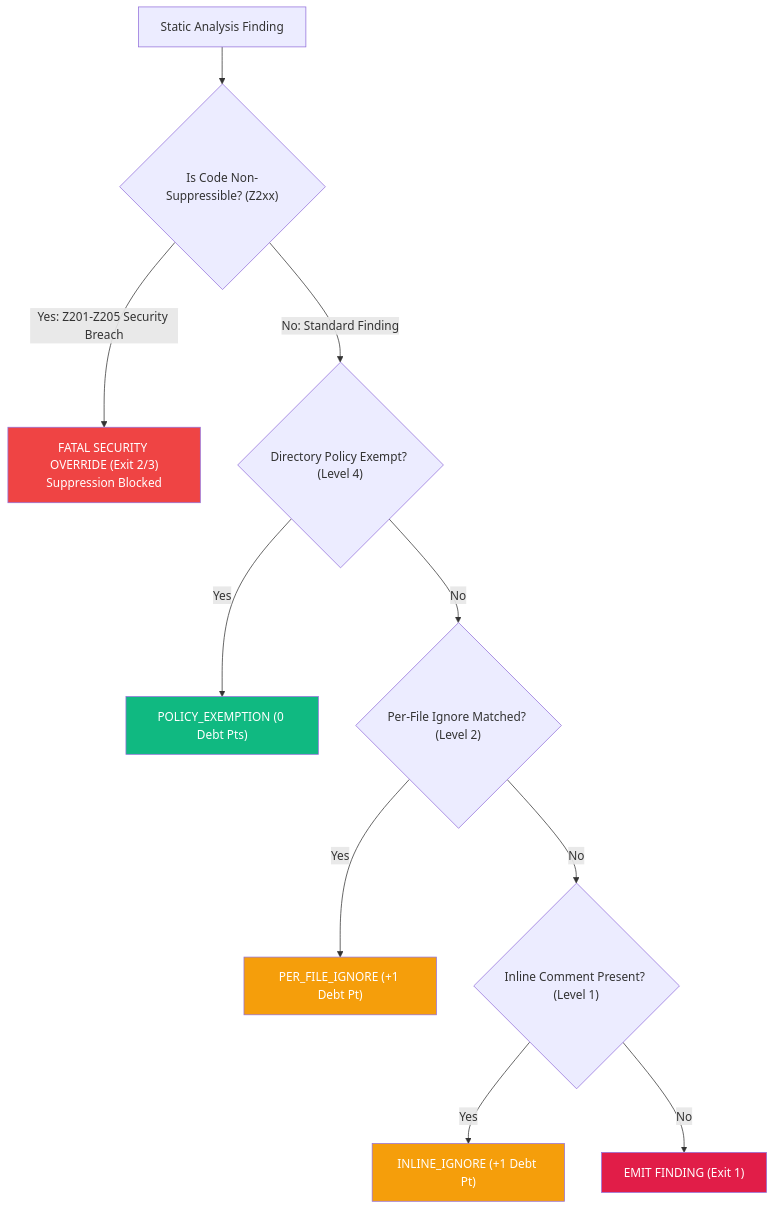
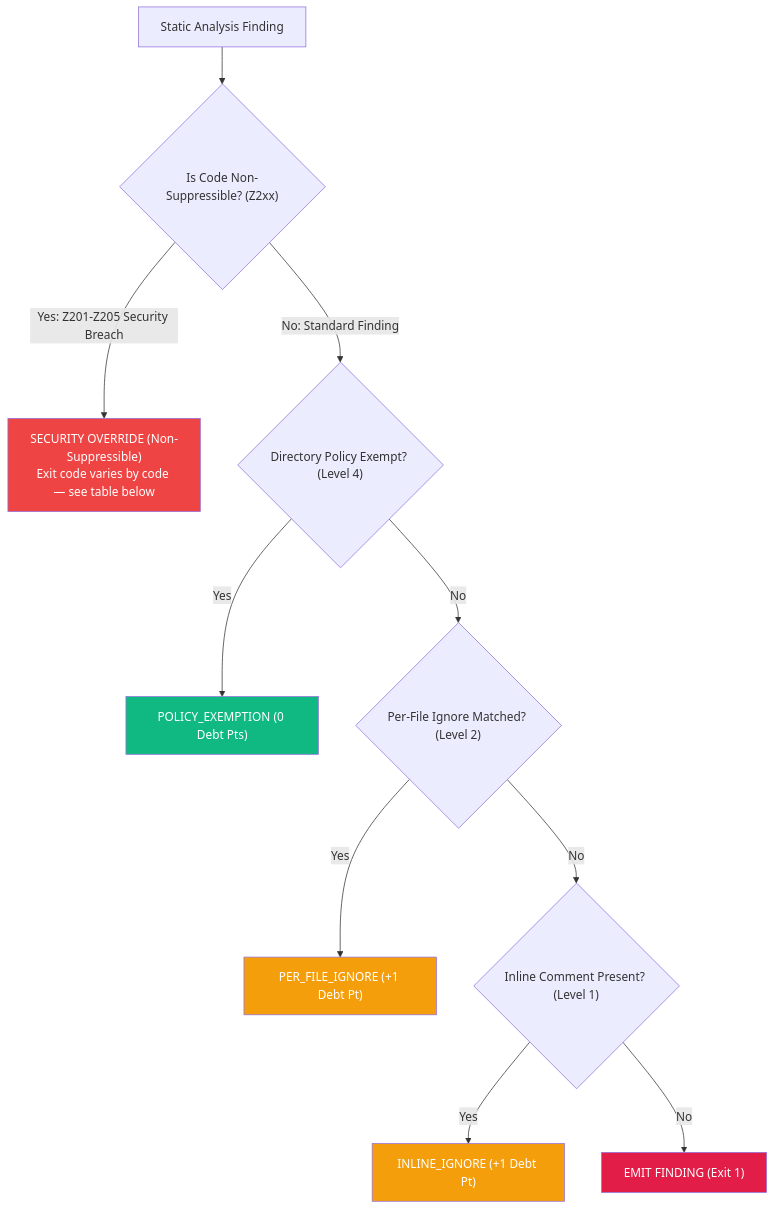
One commit to PythonWoods-Dev/zenzic changed the diagram in docs/reference/suppression-policy.md. Above: the diagram before and after it, drawn with Mermaid. The commit also changed 1 other file, not shown here.

Commit message:
docs: fix suppression-policy.md's mermaid diagram Exit 2/3 claim
The table below the diagram (Z202 -> Exit 1, not escalated; Z203 ->
Exit 3, fatal) was already corrected by an earlier sweep this
session, but the mermaid flowchart above it still labeled the shared
Z201-Z205 branch as "FATAL SECURITY OVERRIDE (Exit 2/3)" -- wrong for
Z202 specifically, which never escalates past Exit 1.

Relabeled to state the codes are non-suppressible without repeating
the specific exit-code breakdown a second place it could drift from
the table again.

````diff
--- a/docs/reference/suppression-policy.md
+++ b/docs/reference/suppression-policy.md
@@ -46,18 +46,18 @@
 ```mermaid
 flowchart TD
     A["Static Analysis Finding"] --> B{"Is Code Non-Suppressible? (Z2xx)"}
-    B -->|Yes: Z201-Z205 Security Breach| C["FATAL SECURITY OVERRIDE (Exit 2/3)\nSuppression Blocked"]
+    B -->|Yes: Z201-Z205 Security Breach| C["SECURITY OVERRIDE (Non-Suppressible)\nExit code varies by code — see table below"]
     B -->|No: Standard Finding| D{"Directory Policy Exempt? (Level 4)"}
     D -->|Yes| E["POLICY_EXEMPTION (0 Debt Pts)"]
     D -->|No| F{"Per-File Ignore Matched? (Level 2)"}
     F -->|Yes| G["PER_FILE_IGNORE (+1 Debt Pt)"]
     F -->|No| H{"Inline Comment Present? (Level 1)"}
     H -->|Yes| I["INLINE_IGNORE (+1 Debt Pt)"]
     H -->|No| J["EMIT FINDING (Exit 1)"]
 
     style C fill:#ef4444,color:#fff
     style E fill:#10b981,color:#fff
     style G fill:#f59e0b,color:#fff
     style I fill:#f59e0b,color:#fff
     style J fill:#e11d48,color:#fff
 ```
````
